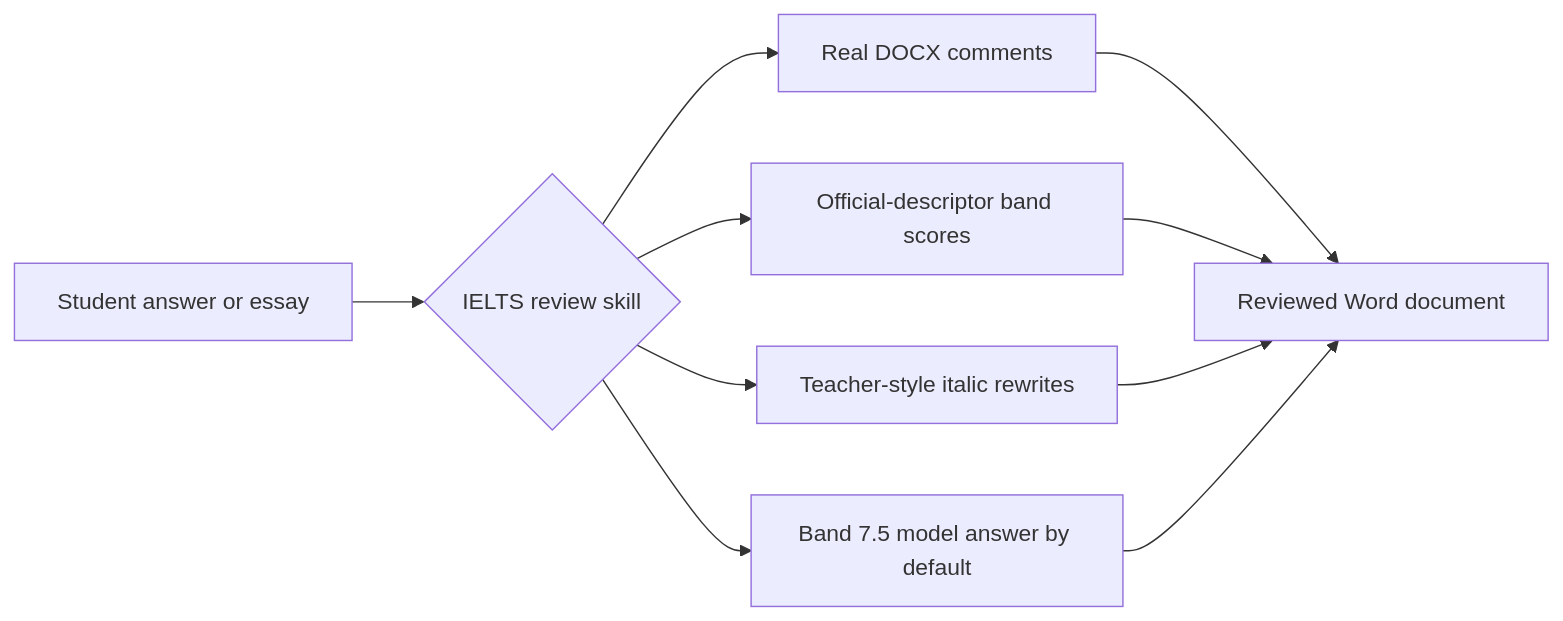
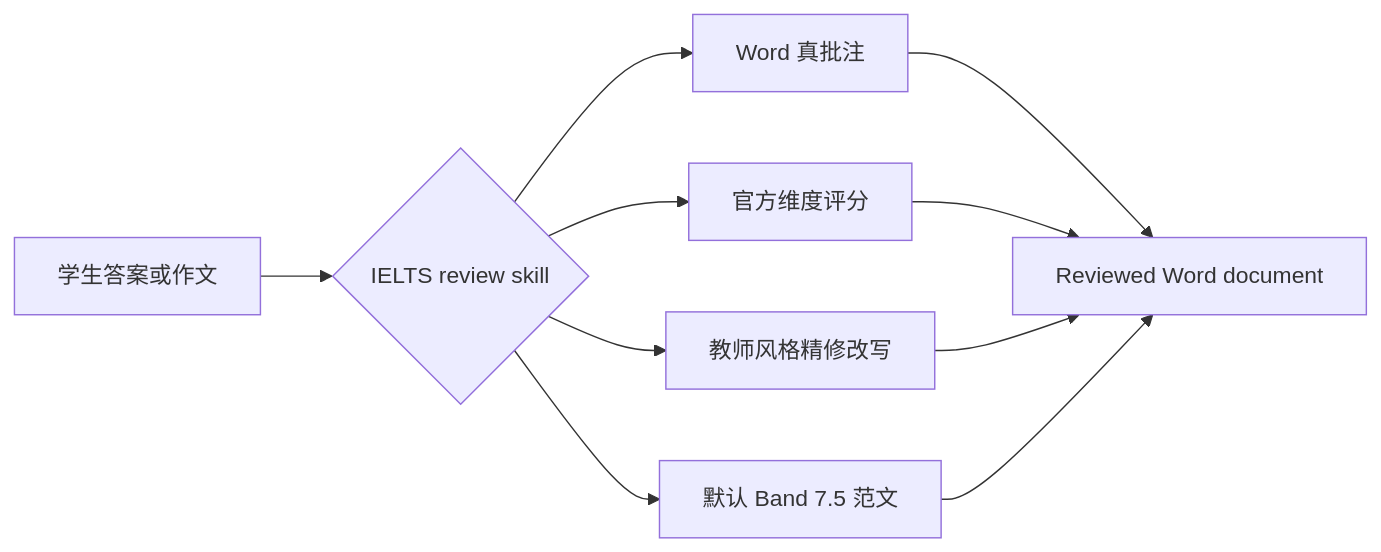
Before and after one commit to AaronL725/ielts-writing-review-skills: the diagram in README.md, drawn with Mermaid. The commit also changed other lines of this file and 5 other files, not shown here.

````diff
--- a/README.md
+++ b/README.md
@@ -42,12 +50,12 @@
 ```mermaid
 flowchart LR
-    A[Student answer or essay] --> B{IELTS review skill}
-    B --> C[Real DOCX comments]
-    B --> D[Official-descriptor band scores]
-    B --> E[Teacher-style italic rewrites]
-    B --> F[Band 7.5 model answer by default]
+    A[学生答案或作文] --> B{IELTS review skill}
+    B --> C[Word 真批注]
+    B --> D[官方维度评分]
+    B --> E[教师风格精修改写]
+    B --> F[默认 Band 7.5 范文]
     C --> G[Reviewed Word document]
     D --> G
     E --> G
     F --> G
 ```
````
